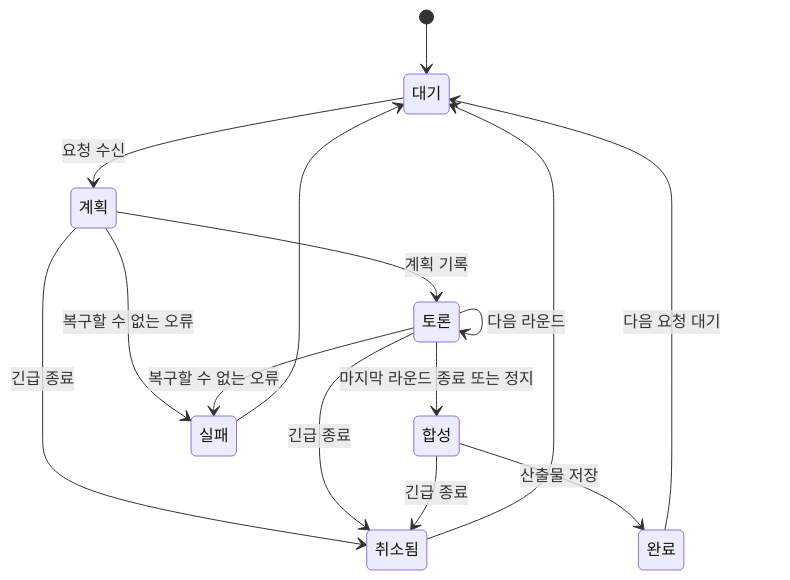
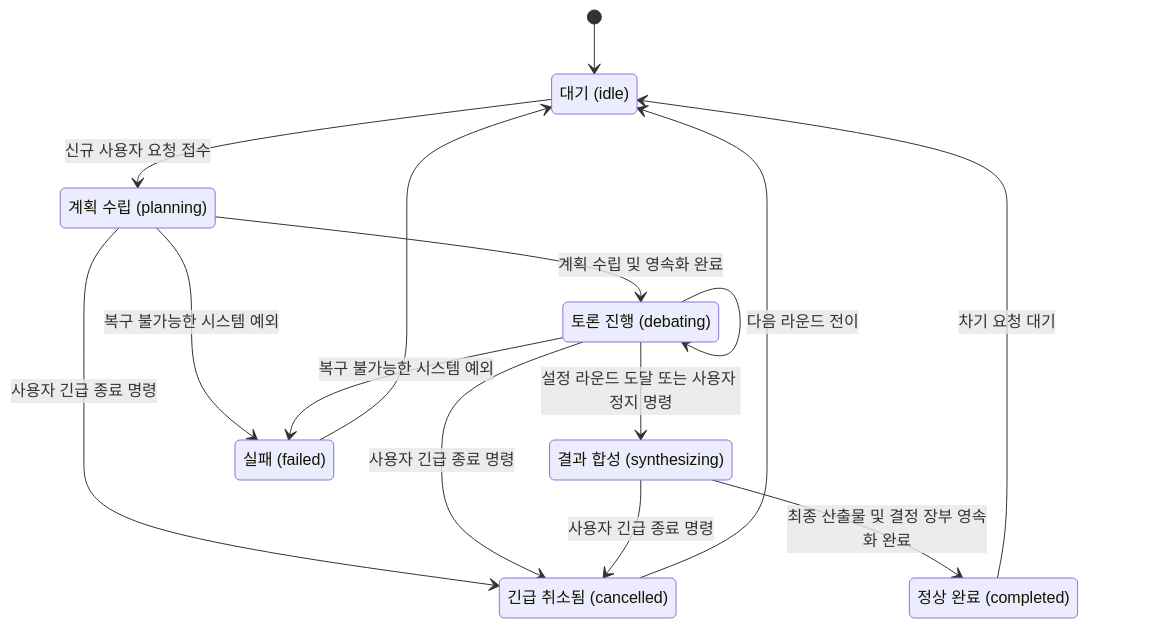
Before and after one commit to HaJaehee/MultiAgentDebateAndOrchestrationPlatform: the seventh of 10 diagrams in lectures/03-architecture/02-dynamic-view.md, drawn with Mermaid. The commit also changed other lines of this file and 39 other files, not shown here.

````diff
--- a/lectures/03-architecture/02-dynamic-view.md
+++ b/lectures/03-architecture/02-dynamic-view.md
@@ -381,25 +314,25 @@
 ```mermaid
 stateDiagram-v2
-    state "대기" as idle
-    state "계획" as planning
-    state "토론" as debating
-    state "합성" as synthesizing
-    state "완료" as completed
-    state "실패" as failed
-    state "취소됨" as cancelled
+    state "대기 (idle)" as idle
+    state "계획 수립 (planning)" as planning
+    state "토론 진행 (debating)" as debating
+    state "결과 합성 (synthesizing)" as synthesizing
+    state "정상 완료 (completed)" as completed
+    state "실패 (failed)" as failed
+    state "긴급 취소됨 (cancelled)" as cancelled
 
     [*] --> idle
-    idle --> planning: 요청 수신
-    planning --> debating: 계획 기록
-    debating --> debating: 다음 라운드
-    debating --> synthesizing: 마지막 라운드 종료 또는 정지
-    synthesizing --> completed: 산출물 저장
-    planning --> failed: 복구할 수 없는 오류
-    debating --> failed: 복구할 수 없는 오류
-    planning --> cancelled: 긴급 종료
-    debating --> cancelled: 긴급 종료
-    synthesizing --> cancelled: 긴급 종료
-    completed --> idle: 다음 요청 대기
+    idle --> planning: 신규 사용자 요청 접수
+    planning --> debating: 계획 수립 및 영속화 완료
+    debating --> debating: 다음 라운드 전이
+    debating --> synthesizing: 설정 라운드 도달 또는 사용자 정지 명령
+    synthesizing --> completed: 최종 산출물 및 결정 장부 영속화 완료
+    planning --> failed: 복구 불가능한 시스템 예외
+    debating --> failed: 복구 불가능한 시스템 예외
+    planning --> cancelled: 사용자 긴급 종료 명령
+    debating --> cancelled: 사용자 긴급 종료 명령
+    synthesizing --> cancelled: 사용자 긴급 종료 명령
+    completed --> idle: 차기 요청 대기
     failed --> idle
     cancelled --> idle
 ```
````
